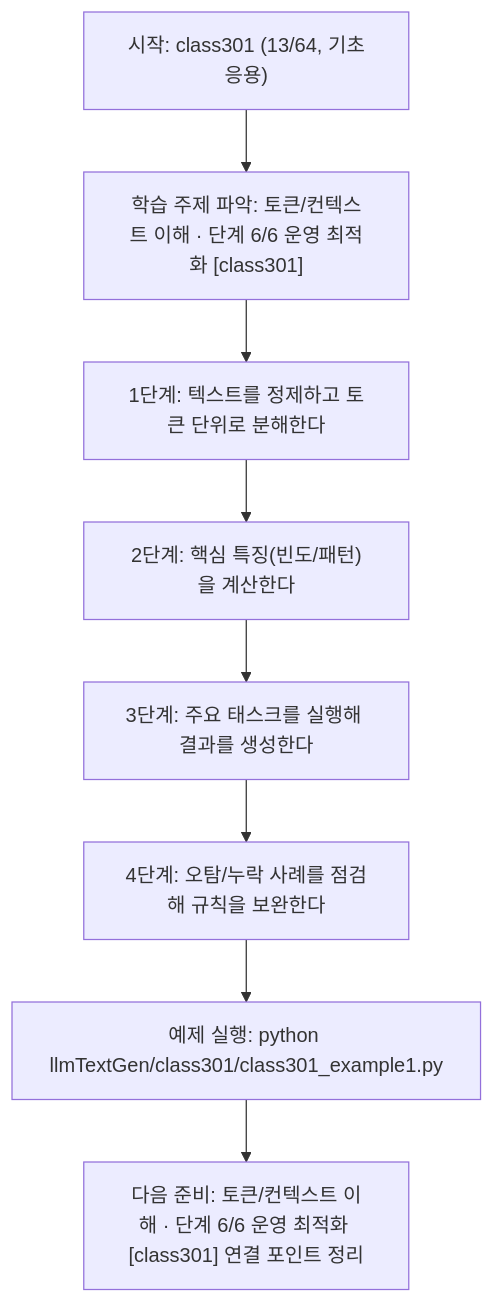
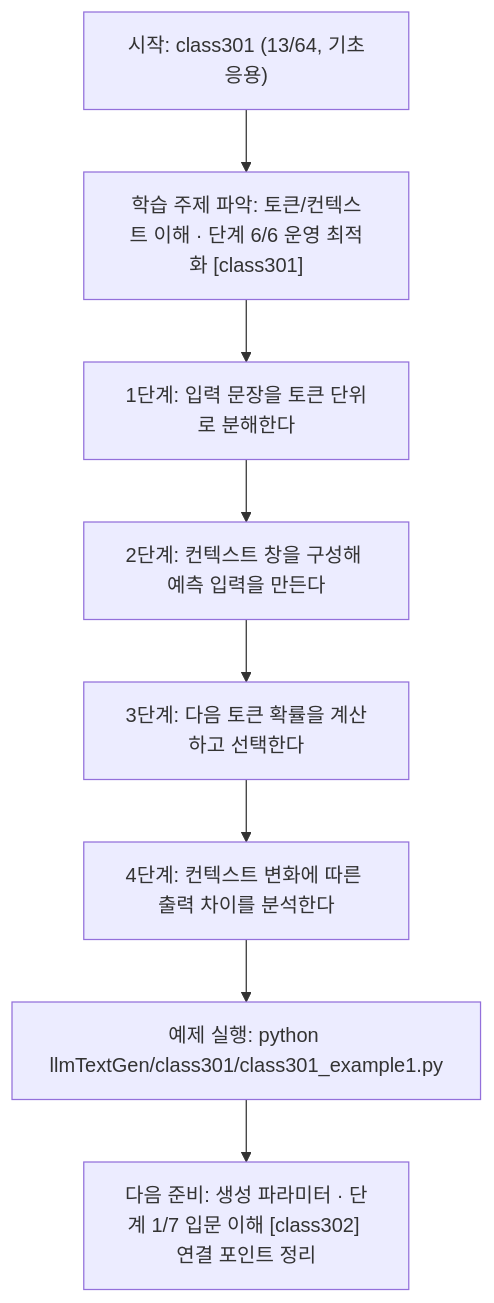
The diagram in llmTextGen/class301/class301.md (edumgt/Python-AI_Agent-Class), drawn with Mermaid before and after one commit. The commit also changed other lines of this file and 451 other files, not shown here.

````diff
--- a/llmTextGen/class301/class301.md
+++ b/llmTextGen/class301/class301.md
@@ -114,18 +95,18 @@
 ```mermaid
 flowchart TD
 N1["시작: class301 (13/64, 기초응용)"]
 N2["학습 주제 파악: 토큰/컨텍스트 이해 · 단계 6/6 운영 최적화 [class301]"]
-N3["1단계: 텍스트를 정제하고 토큰 단위로 분해한다"]
-N4["2단계: 핵심 특징(빈도/패턴)을 계산한다"]
-N5["3단계: 주요 태스크를 실행해 결과를 생성한다"]
-N6["4단계: 오탐/누락 사례를 점검해 규칙을 보완한다"]
+N3["1단계: 입력 문장을 토큰 단위로 분해한다"]
+N4["2단계: 컨텍스트 창을 구성해 예측 입력을 만든다"]
+N5["3단계: 다음 토큰 확률을 계산하고 선택한다"]
+N6["4단계: 컨텍스트 변화에 따른 출력 차이를 분석한다"]
 N7["예제 실행: python llmTextGen/class301/class301_example1.py"]
-N8["다음 준비: 토큰/컨텍스트 이해 · 단계 6/6 운영 최적화 [class301] 연결 포인트 정리"]
+N8["다음 준비: 생성 파라미터 · 단계 1/7 입문 이해 [class302] 연결 포인트 정리"]
 N1 --> N2
 N2 --> N3
 N3 --> N4
 N4 --> N5
 N5 --> N6
 N6 --> N7
 N7 --> N8
 ```
````
